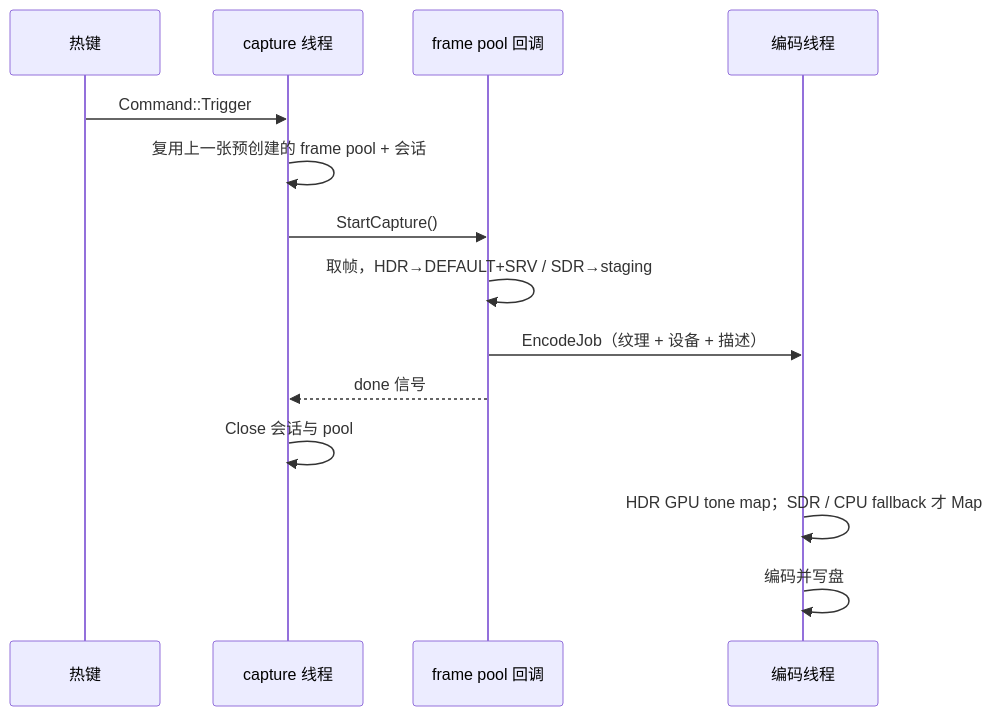
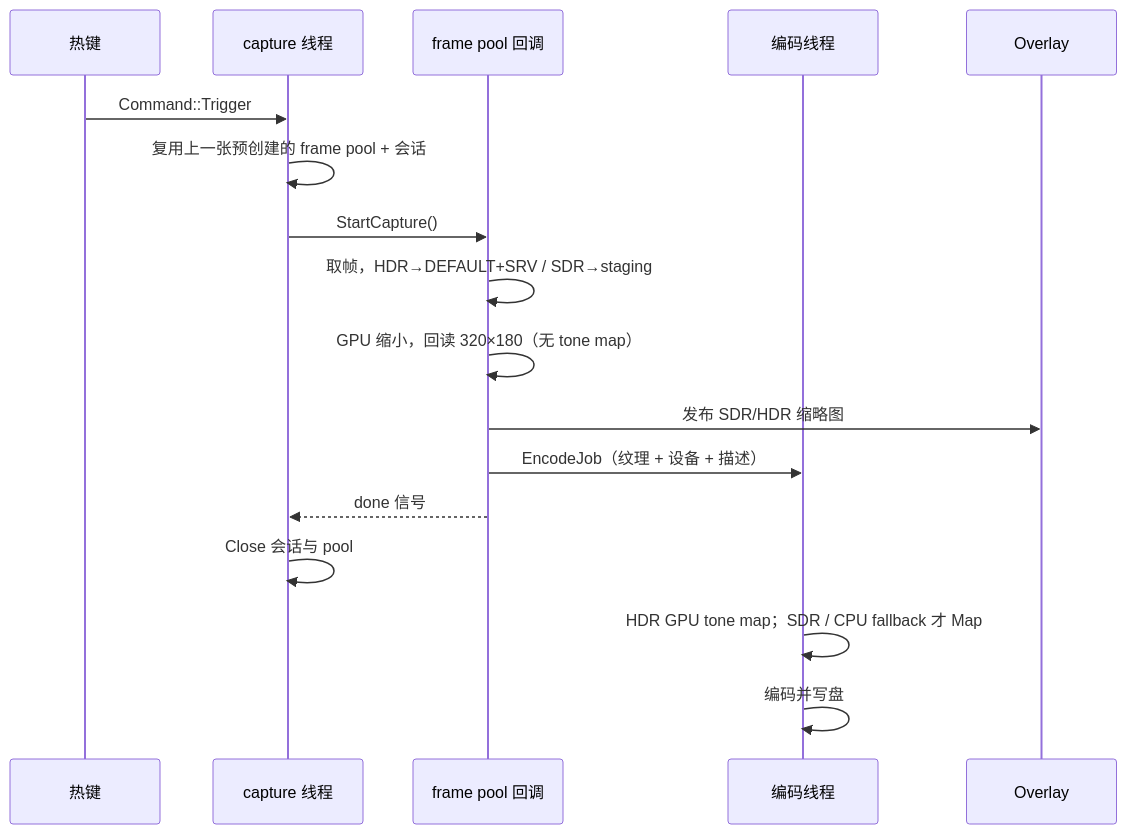
The second of 2 diagrams in docs/architecture.md (sprinox/GameSnap), drawn with Mermaid before and after one commit. The commit also changed other lines of this file and 20 other files, not shown here.

Commit message:
Generate capture previews before encoding and switch SDR HDR overlays

````diff
--- a/docs/architecture.md
+++ b/docs/architecture.md
@@ -53,17 +65,20 @@
 ```mermaid
 sequenceDiagram
     participant U as 热键
     participant C as capture 线程
     participant P as frame pool 回调
     participant E as 编码线程
+    participant O as Overlay
 
     U->>C: Command::Trigger
     C->>C: 复用上一张预创建的 frame pool + 会话
     C->>P: StartCapture()
     P->>P: 取帧，HDR→DEFAULT+SRV / SDR→staging
+    P->>P: GPU 缩小，回读 320×180（无 tone map）
+    P->>O: 发布 SDR/HDR 缩略图
     P->>E: EncodeJob（纹理 + 设备 + 描述）
     P-->>C: done 信号
     C->>C: Close 会话与 pool
     E->>E: HDR GPU tone map；SDR / CPU fallback 才 Map
     E->>E: 编码并写盘
 ```
````
